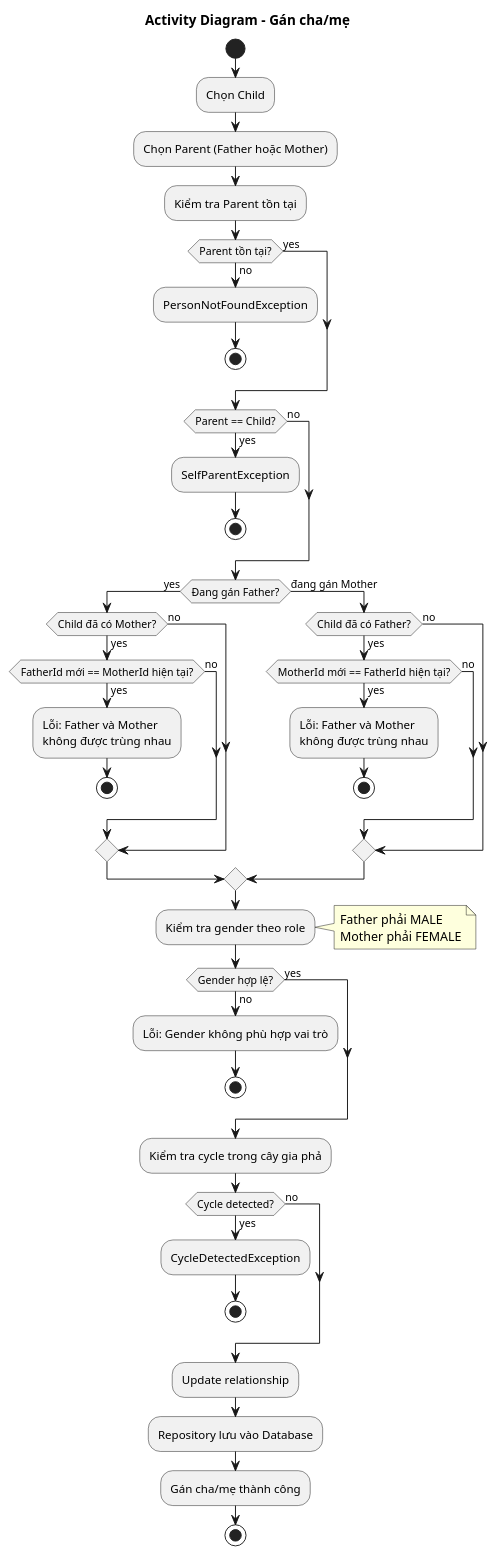
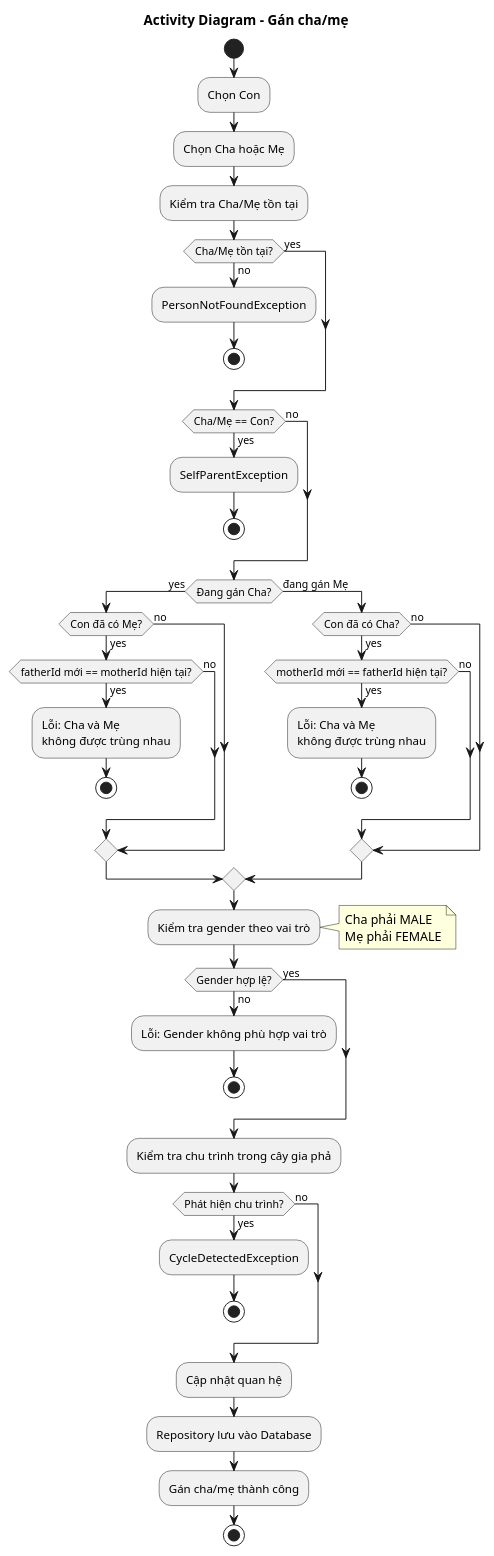
One commit to minhchien170704/do-an-gia-pha changed the diagram in docs/uml/activity-assign-parent.puml. Above: the diagram before and after it, drawn with PlantUML. The commit also changed 21 other files, not shown here.

First line of the commit message:
docs(uml): dịch toàn bộ sơ đồ sang tiếng Việt + bổ sung bộ test View Layer (#1)

```diff
--- a/docs/uml/activity-assign-parent.puml
+++ b/docs/uml/activity-assign-parent.puml
@@ -1,71 +1,71 @@
 @startuml activity-assign-parent
 
 title Activity Diagram - Gán cha/mẹ
 
 start
 
-:Chọn Child;
+:Chọn Con;
 
-:Chọn Parent (Father hoặc Mother);
+:Chọn Cha hoặc Mẹ;
 
-:Kiểm tra Parent tồn tại;
+:Kiểm tra Cha/Mẹ tồn tại;
 
-if (Parent tồn tại?) then (yes)
+if (Cha/Mẹ tồn tại?) then (yes)
 else (no)
   :PersonNotFoundException;
   stop
 endif
 
-if (Parent == Child?) then (yes)
+if (Cha/Mẹ == Con?) then (yes)
   :SelfParentException;
   stop
 else (no)
 endif
 
-if (Đang gán Father?) then (yes)
-  if (Child đã có Mother?) then (yes)
-    if (FatherId mới == MotherId hiện tại?) then (yes)
-      :Lỗi: Father và Mother\nkhông được trùng nhau;
+if (Đang gán Cha?) then (yes)
+  if (Con đã có Mẹ?) then (yes)
+    if (fatherId mới == motherId hiện tại?) then (yes)
+      :Lỗi: Cha và Mẹ\nkhông được trùng nhau;
       stop
     else (no)
     endif
   else (no)
   endif
-else (đang gán Mother)
-  if (Child đã có Father?) then (yes)
-    if (MotherId mới == FatherId hiện tại?) then (yes)
-      :Lỗi: Father và Mother\nkhông được trùng nhau;
+else (đang gán Mẹ)
+  if (Con đã có Cha?) then (yes)
+    if (motherId mới == fatherId hiện tại?) then (yes)
+      :Lỗi: Cha và Mẹ\nkhông được trùng nhau;
       stop
     else (no)
     endif
   else (no)
   endif
 endif
 
-:Kiểm tra gender theo role;
+:Kiểm tra gender theo vai trò;
 note right
-  Father phải MALE
-  Mother phải FEMALE
+  Cha phải MALE
+  Mẹ phải FEMALE
 end note
 
 if (Gender hợp lệ?) then (yes)
 else (no)
   :Lỗi: Gender không phù hợp vai trò;
   stop
 endif
 
-:Kiểm tra cycle trong cây gia phả;
+:Kiểm tra chu trình trong cây gia phả;
 
-if (Cycle detected?) then (yes)
+if (Phát hiện chu trình?) then (yes)
   :CycleDetectedException;
   stop
 else (no)
 endif
 
-:Update relationship;
+:Cập nhật quan hệ;
 :Repository lưu vào Database;
 :Gán cha/mẹ thành công;
 
 stop
 
 @enduml
```
